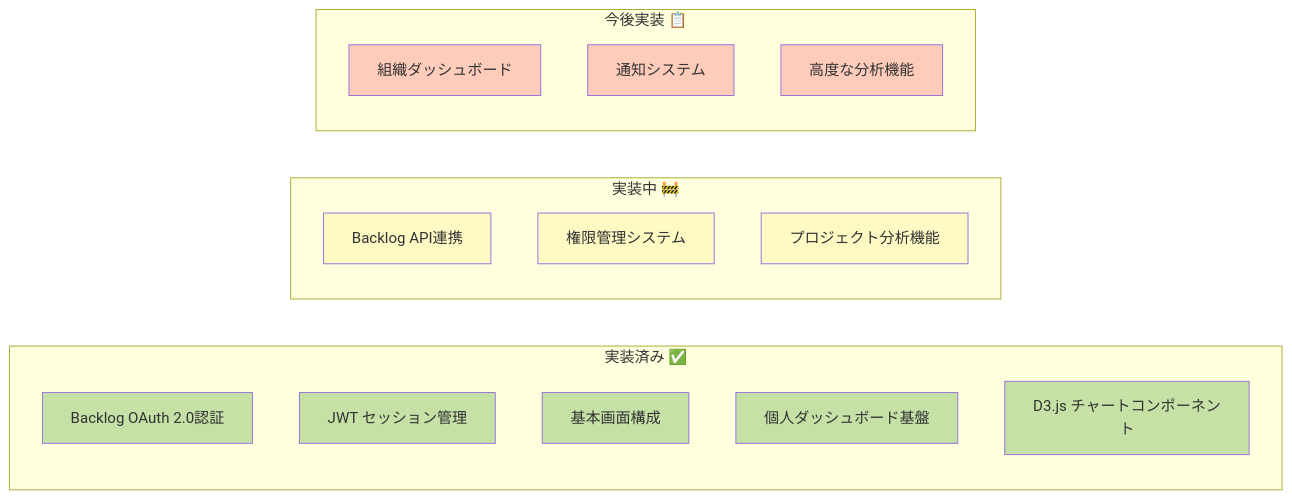
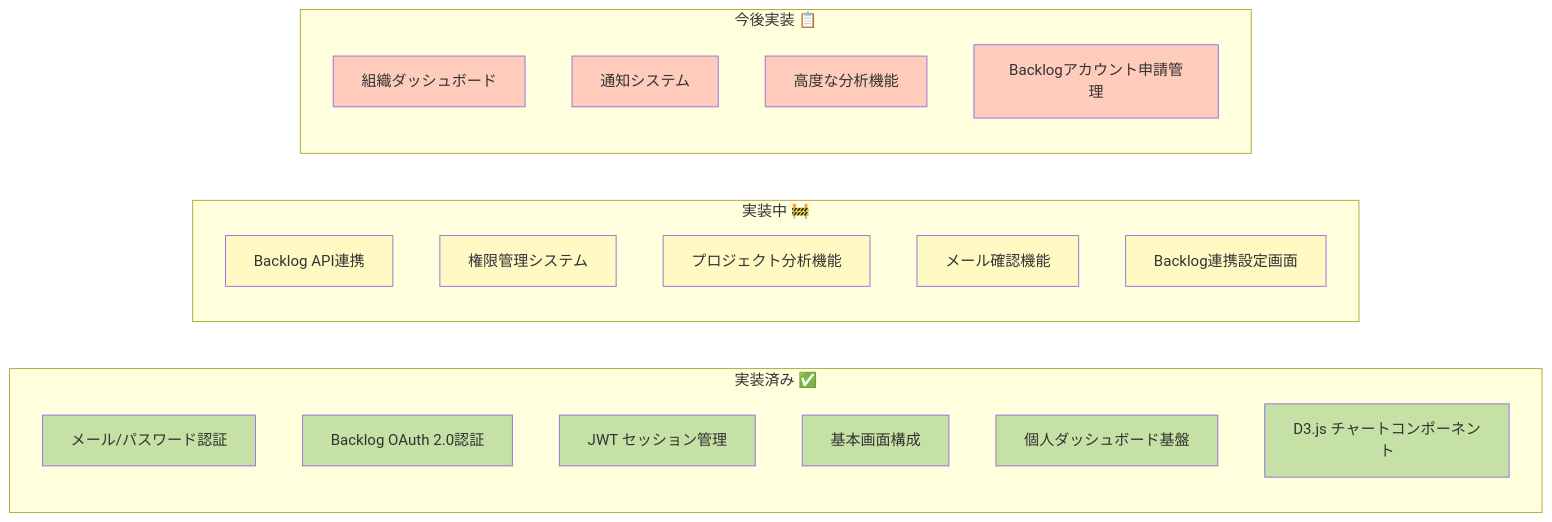
The second of 13 diagrams in Doc/mvp.md (rasshii/team-insight), drawn with Mermaid before and after one commit. The commit also changed other lines of this file and 17 other files, not shown here.

````diff
--- a/Doc/mvp.md
+++ b/Doc/mvp.md
@@ -36,34 +37,42 @@
 ```mermaid
 graph LR
     subgraph "実装済み ✅"
-        A1[Backlog OAuth 2.0認証]
-        A2[JWT セッション管理]
-        A3[基本画面構成]
-        A4[個人ダッシュボード基盤]
-        A5[D3.js チャートコンポーネント]
+        A1[メール/パスワード認証]
+        A2[Backlog OAuth 2.0認証]
+        A3[JWT セッション管理]
+        A4[基本画面構成]
+        A5[個人ダッシュボード基盤]
+        A6[D3.js チャートコンポーネント]
     end
 
     subgraph "実装中 🚧"
         B1[Backlog API連携]
         B2[権限管理システム]
         B3[プロジェクト分析機能]
+        B4[メール確認機能]
+        B5[Backlog連携設定画面]
     end
 
     subgraph "今後実装 📋"
         C1[組織ダッシュボード]
         C2[通知システム]
         C3[高度な分析機能]
+        C4[Backlogアカウント申請管理]
     end
 
     style A1 fill:#c5e1a5
     style A2 fill:#c5e1a5
     style A3 fill:#c5e1a5
     style A4 fill:#c5e1a5
     style A5 fill:#c5e1a5
+    style A6 fill:#c5e1a5
     style B1 fill:#fff9c4
     style B2 fill:#fff9c4
     style B3 fill:#fff9c4
+    style B4 fill:#fff9c4
+    style B5 fill:#fff9c4
     style C1 fill:#ffccbc
     style C2 fill:#ffccbc
     style C3 fill:#ffccbc
+    style C4 fill:#ffccbc
 ```
````
